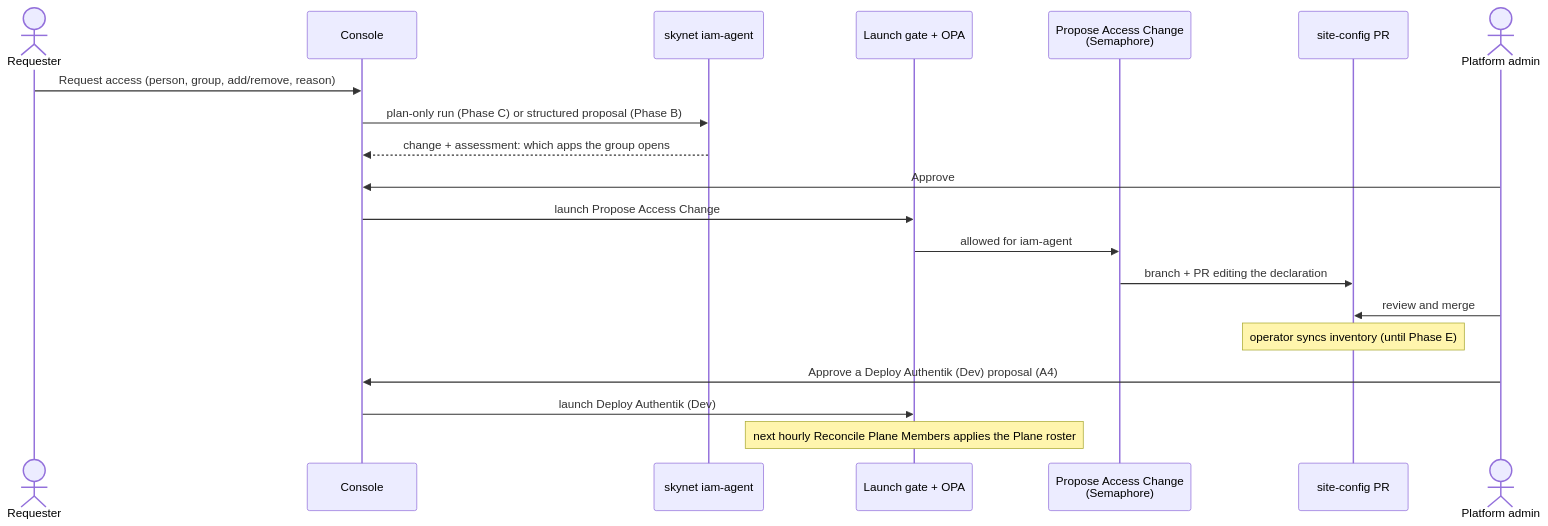
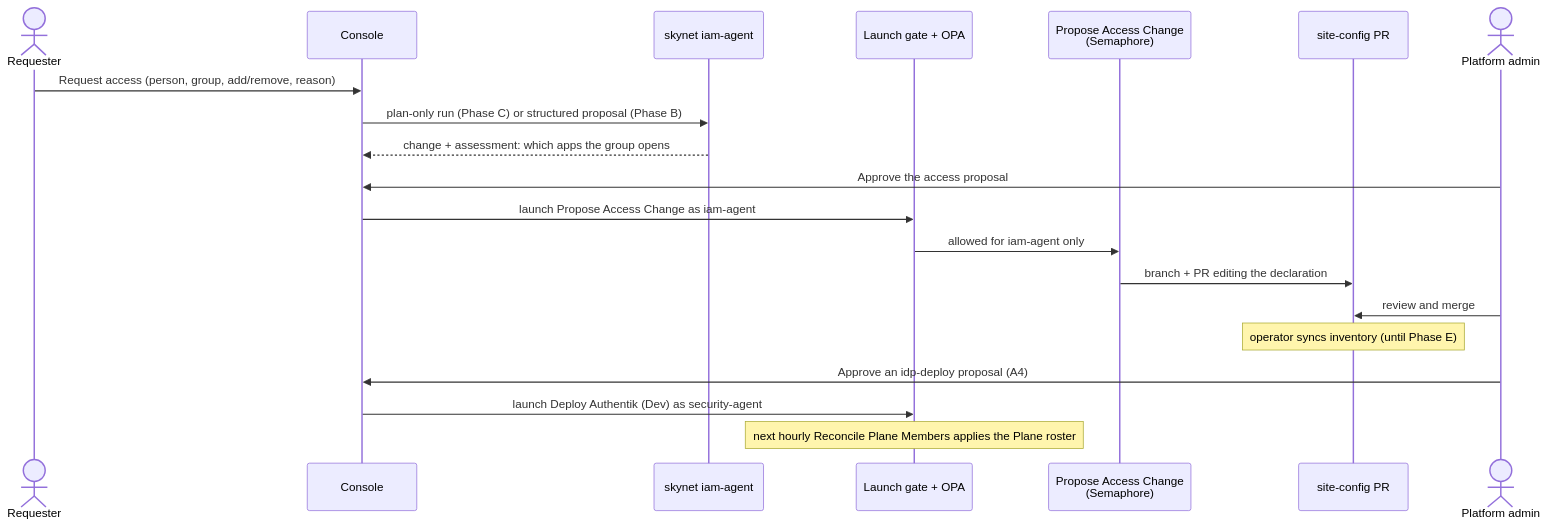
The second of 2 diagrams in plan/development/22-console-access-requests.md (uhstray-io/agent-cloud), drawn with Mermaid before and after one commit. The commit also changed other lines of this file and 2 other files, not shown here.

````diff
--- a/plan/development/22-console-access-requests.md
+++ b/plan/development/22-console-access-requests.md
@@ -98,22 +126,22 @@
 ```mermaid
 sequenceDiagram
   actor U as Requester
   participant C as Console
   participant S as skynet iam-agent
   participant G as Launch gate + OPA
   participant P as Propose Access Change<br/>(Semaphore)
   participant R as site-config PR
   actor A as Platform admin
   U->>C: Request access (person, group, add/remove, reason)
   C->>S: plan-only run (Phase C) or structured proposal (Phase B)
   S-->>C: change + assessment: which apps the group opens
-  A->>C: Approve
-  C->>G: launch Propose Access Change
-  G->>P: allowed for iam-agent
+  A->>C: Approve the access proposal
+  C->>G: launch Propose Access Change as iam-agent
+  G->>P: allowed for iam-agent only
   P->>R: branch + PR editing the declaration
   A->>R: review and merge
   Note over R: operator syncs inventory (until Phase E)
-  A->>C: Approve a Deploy Authentik (Dev) proposal (A4)
-  C->>G: launch Deploy Authentik (Dev)
+  A->>C: Approve an idp-deploy proposal (A4)
+  C->>G: launch Deploy Authentik (Dev) as security-agent
   Note over G: next hourly Reconcile Plane Members applies the Plane roster
 ```
````
